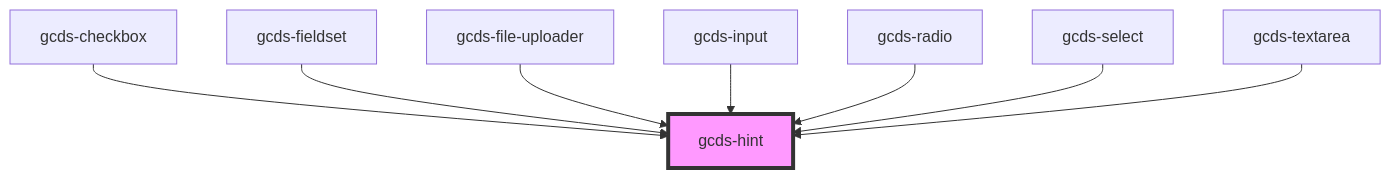
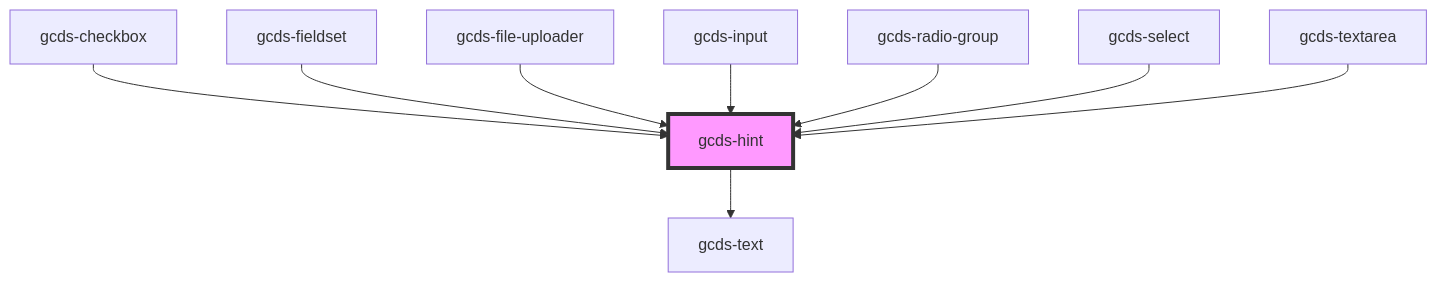
Before and after one commit to cds-snc/gcds-components: the diagram in packages/web/src/components/gcds-hint/readme.md, drawn with Mermaid. The commit also changed other lines of this file and 159 other files, not shown here.

First line of the commit message:
feat: Component rewrites (form-associated, gcds-radio-group, CSS rewrites)  (#486)

````diff
--- a/packages/web/src/components/gcds-hint/readme.md
+++ b/packages/web/src/components/gcds-hint/readme.md
@@ -29,11 +39,12 @@
 ```mermaid
 graph TD;
+  gcds-hint --> gcds-text
   gcds-checkbox --> gcds-hint
   gcds-fieldset --> gcds-hint
   gcds-file-uploader --> gcds-hint
   gcds-input --> gcds-hint
-  gcds-radio --> gcds-hint
+  gcds-radio-group --> gcds-hint
   gcds-select --> gcds-hint
   gcds-textarea --> gcds-hint
   style gcds-hint fill:#f9f,stroke:#333,stroke-width:4px
 ```
````
